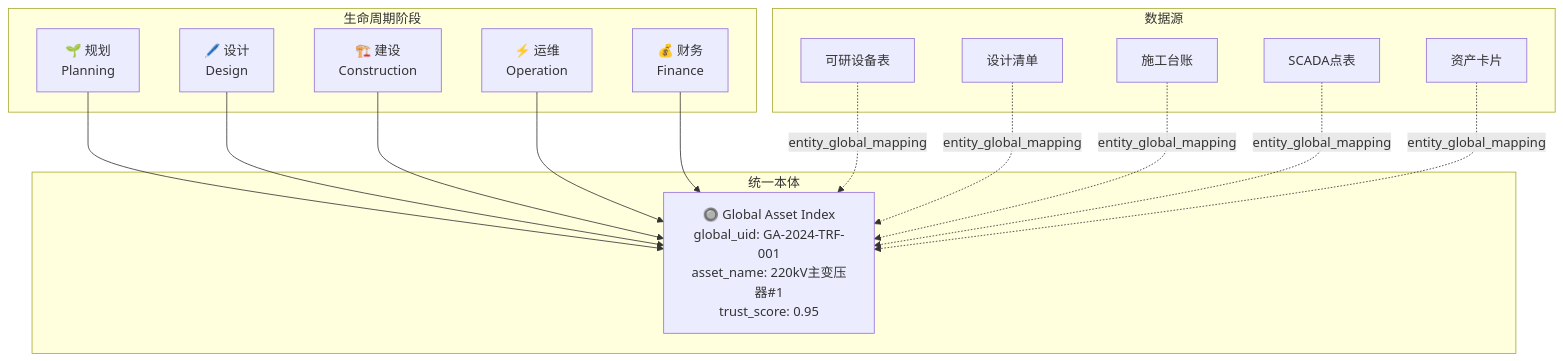
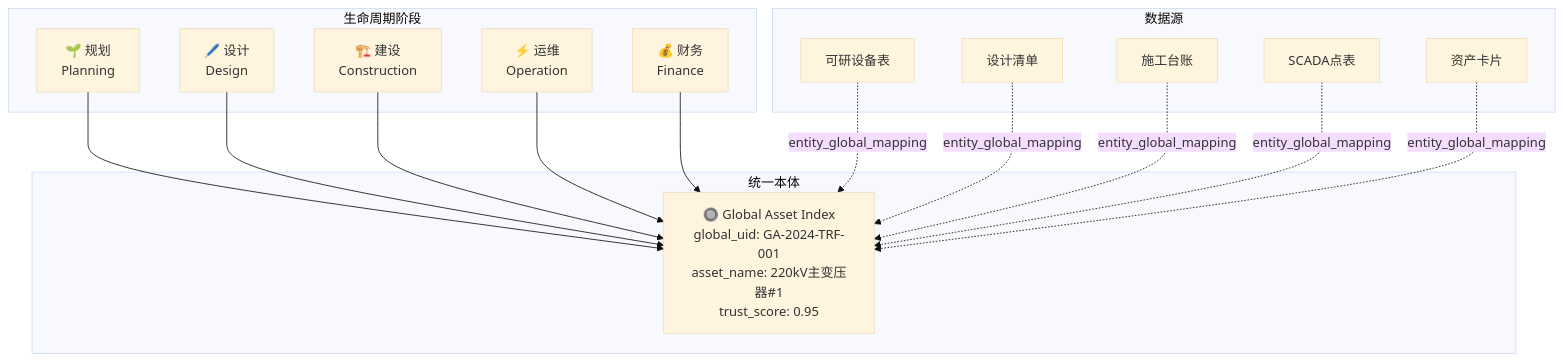
The second of 3 diagrams in README.md (qqyjx/YIMO), drawn with Mermaid before and after one commit. The commit also changed other lines of this file and 3 other files, not shown here.

First line of the commit message:
docs: 提取流程图到独立文件

````diff
--- a/README.md
+++ b/README.md
@@ -162,25 +167,26 @@
 ```mermaid
+%%{init: {'theme': 'base'}}%%
 flowchart TB
     subgraph 生命周期阶段
         P[🌱 规划<br/>Planning]
         D[🖊️ 设计<br/>Design]
         C[🏗️ 建设<br/>Construction]
         O[⚡ 运维<br/>Operation]
         F[💰 财务<br/>Finance]
     end
 
     subgraph 统一本体
         G[🔘 Global Asset Index<br/>global_uid: GA-2024-TRF-001<br/>asset_name: 220kV主变压器#1<br/>trust_score: 0.95]
     end
 
     subgraph 数据源
         S1[可研设备表]
         S2[设计清单]
         S3[施工台账]
         S4[SCADA点表]
         S5[资产卡片]
     end
 
     P & D & C & O & F --> G
     S1 & S2 & S3 & S4 & S5 -.->|entity_global_mapping| G
 ```
````
